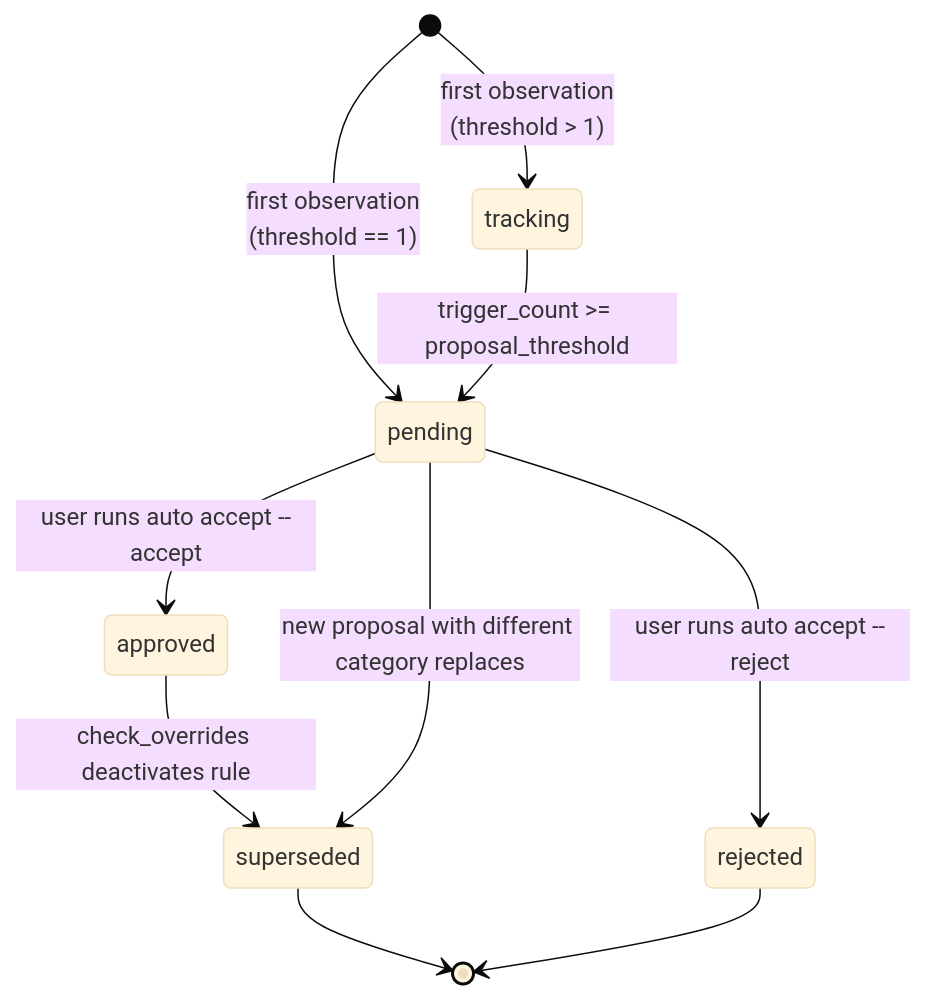
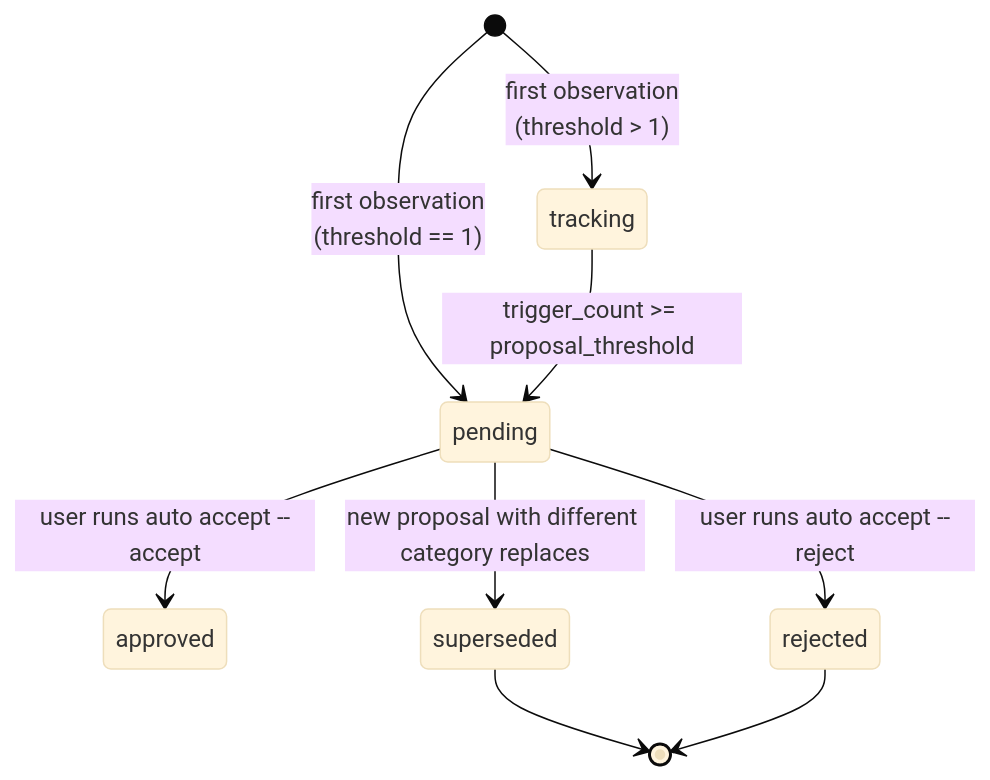
One commit to bsaffel/moneybin changed the second of 4 diagrams in docs/tech/auto-rule-pipeline.md. Above: the diagram before and after it, drawn with Mermaid (base theme). The commit also changed other lines of this file and 16 other files, not shown here.

````diff
--- a/docs/tech/auto-rule-pipeline.md
+++ b/docs/tech/auto-rule-pipeline.md
@@ -35,12 +35,11 @@
 ```mermaid
 stateDiagram-v2
     [*] --> tracking: first observation<br/>(threshold > 1)
     [*] --> pending: first observation<br/>(threshold == 1)
     tracking --> pending: trigger_count >= proposal_threshold
     pending --> approved: user runs auto accept --accept
     pending --> rejected: user runs auto accept --reject
-    approved --> superseded: check_overrides deactivates rule
     pending --> superseded: new proposal with different category replaces
     superseded --> [*]
     rejected --> [*]
 ```
````
